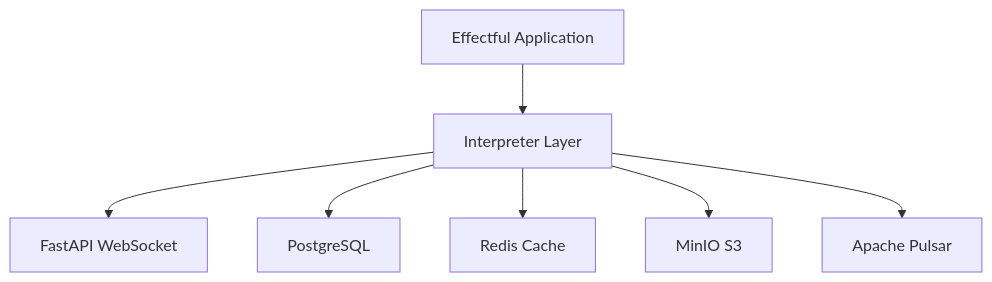
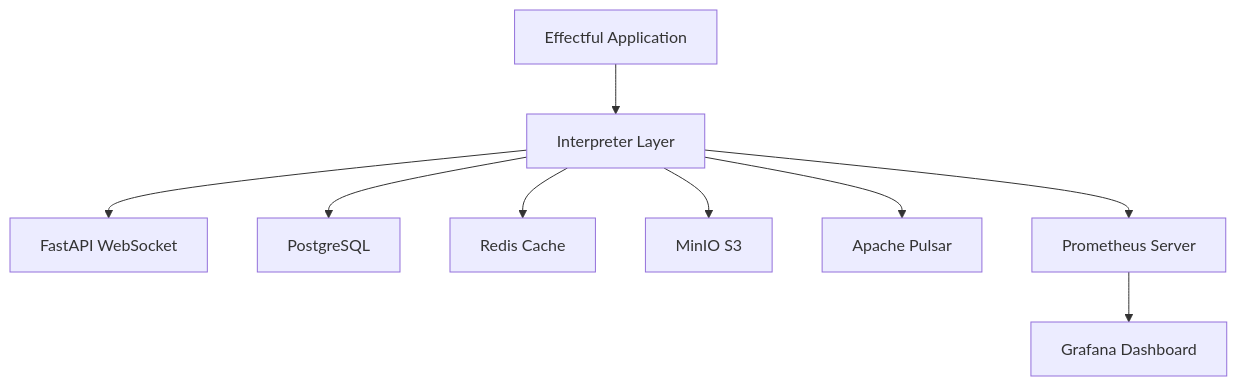
One commit to Tuee22/effectful changed the fifth of 7 diagrams in documents/core/architecture.md. Above: the diagram before and after it, drawn with Mermaid. The commit also changed other lines of this file and 14 other files, not shown here.

````diff
--- a/documents/core/architecture.md
+++ b/documents/core/architecture.md
@@ -283,17 +301,21 @@
 ```mermaid
 flowchart TB
     App[Effectful Application]
     Interpreters[Interpreter Layer]
     WS[FastAPI WebSocket]
     DB[PostgreSQL]
     Redis[Redis Cache]
     S3[MinIO S3]
     Pulsar[Apache Pulsar]
+    Prometheus[Prometheus Server]
+    Grafana[Grafana Dashboard]
 
     App --> Interpreters
     Interpreters --> WS
     Interpreters --> DB
     Interpreters --> Redis
     Interpreters --> S3
     Interpreters --> Pulsar
+    Interpreters --> Prometheus
+    Prometheus --> Grafana
 ```
````
